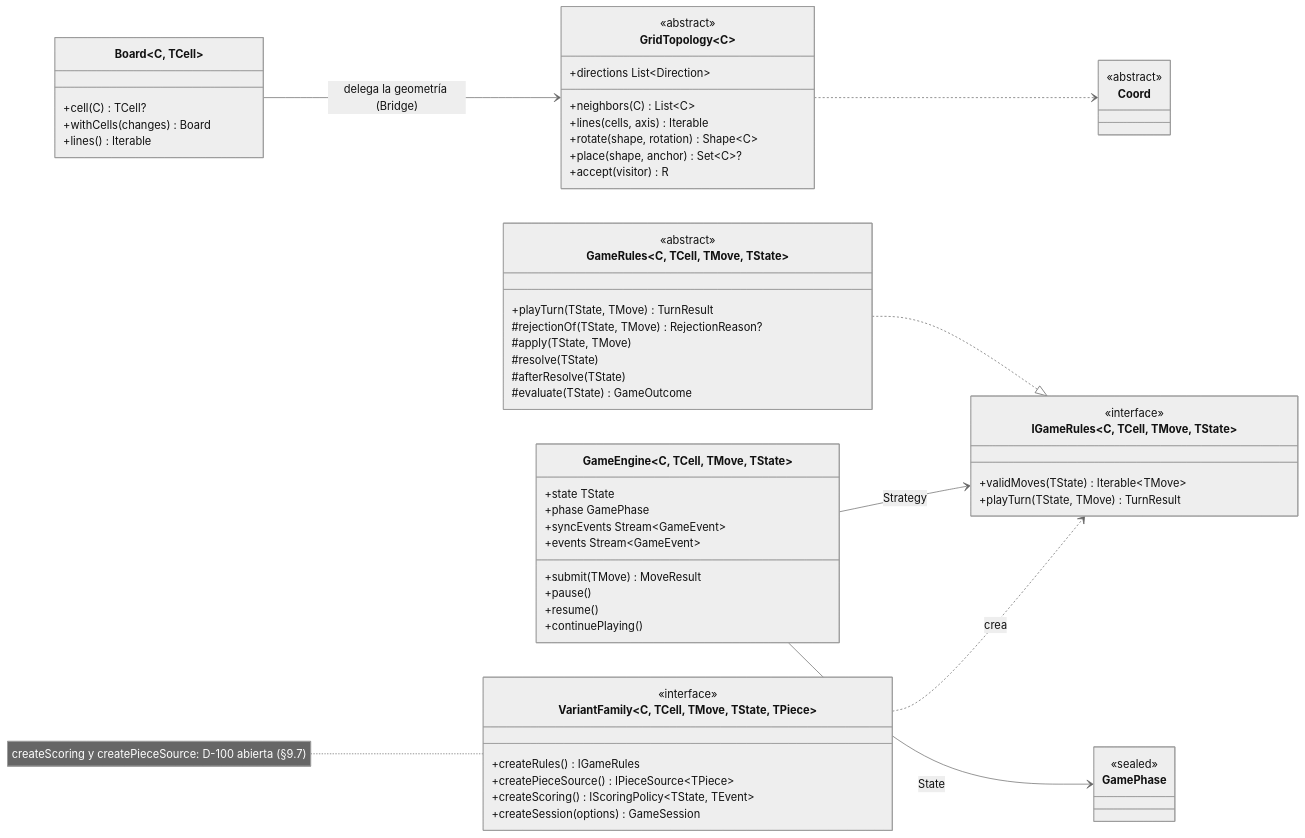
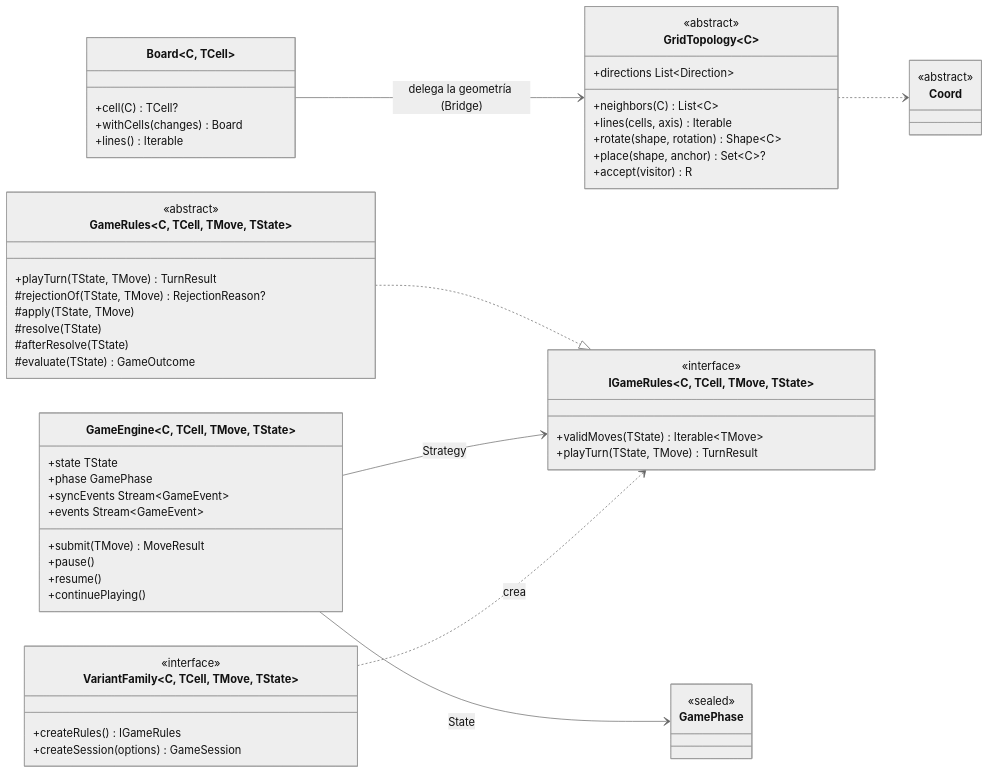
One commit to DanielHaro28/hexablock-app changed the first of 2 diagrams in docs/architecture/ARQ-02-MOTOR.md. Above: the diagram before and after it, drawn with Mermaid (neutral theme). The commit also changed other lines of this file and 10 other files, not shown here.

````diff
--- a/docs/architecture/ARQ-02-MOTOR.md
+++ b/docs/architecture/ARQ-02-MOTOR.md
@@ -59,62 +59,59 @@
 ```mermaid
 classDiagram
     direction LR
     class Coord {
       <<abstract>>
     }
     class GridTopology~C~ {
       <<abstract>>
       +neighbors(C) List~C~
       +lines(cells, axis) Iterable
       +directions List~Direction~
       +rotate(shape, rotation) Shape~C~
       +place(shape, anchor) Set~C~?
       +accept(visitor) R
     }
     class Board~C, TCell~ {
       +cell(C) TCell?
       +withCells(changes) Board
       +lines() Iterable
     }
     class IGameRules~C, TCell, TMove, TState~ {
       <<interface>>
       +validMoves(TState) Iterable~TMove~
       +playTurn(TState, TMove) TurnResult
     }
     class GameRules~C, TCell, TMove, TState~ {
       <<abstract>>
       +playTurn(TState, TMove) TurnResult
       #rejectionOf(TState, TMove) RejectionReason?
       #apply(TState, TMove)
       #resolve(TState)
       #afterResolve(TState)
       #evaluate(TState) GameOutcome
     }
     class GameEngine~C, TCell, TMove, TState~ {
       +state TState
       +phase GamePhase
       +syncEvents Stream~GameEvent~
       +events Stream~GameEvent~
       +submit(TMove) MoveResult
       +pause()
       +resume()
       +continuePlaying()
     }
     class GamePhase {
       <<sealed>>
     }
-    class VariantFamily~C, TCell, TMove, TState, TPiece~ {
+    class VariantFamily~C, TCell, TMove, TState~ {
       <<interface>>
       +createRules() IGameRules
-      +createPieceSource() IPieceSource~TPiece~
-      +createScoring() IScoringPolicy~TState, TEvent~
       +createSession(options) GameSession
     }
     Board --> GridTopology : delega la geometría (Bridge)
     GridTopology ..> Coord
     GameRules ..|> IGameRules
     GameEngine --> IGameRules : Strategy
     GameEngine --> GamePhase : State
     VariantFamily ..> IGameRules : crea
-    note for VariantFamily "createScoring y createPieceSource: D-100 abierta (§9.7)"
 ```
````
